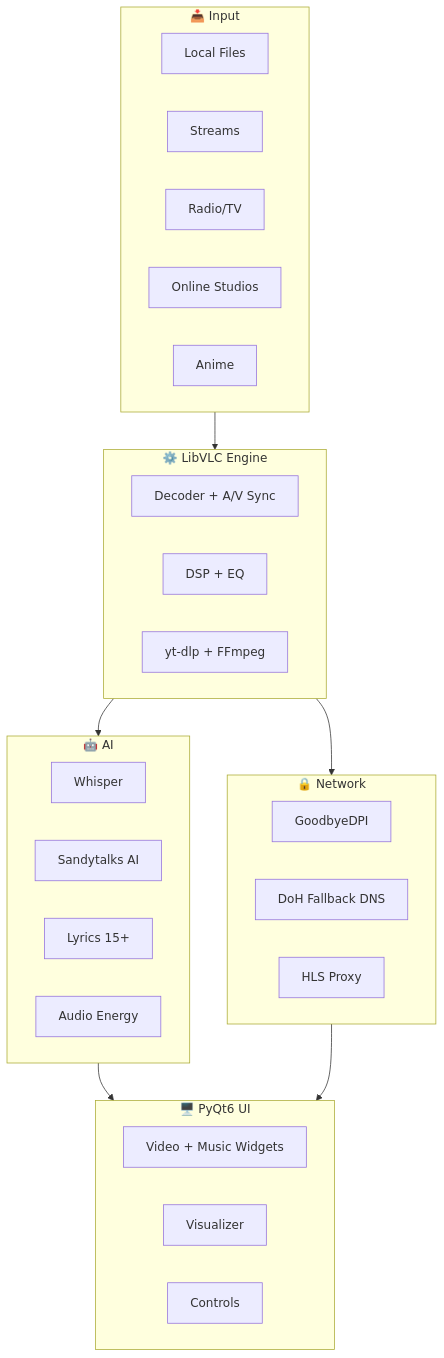
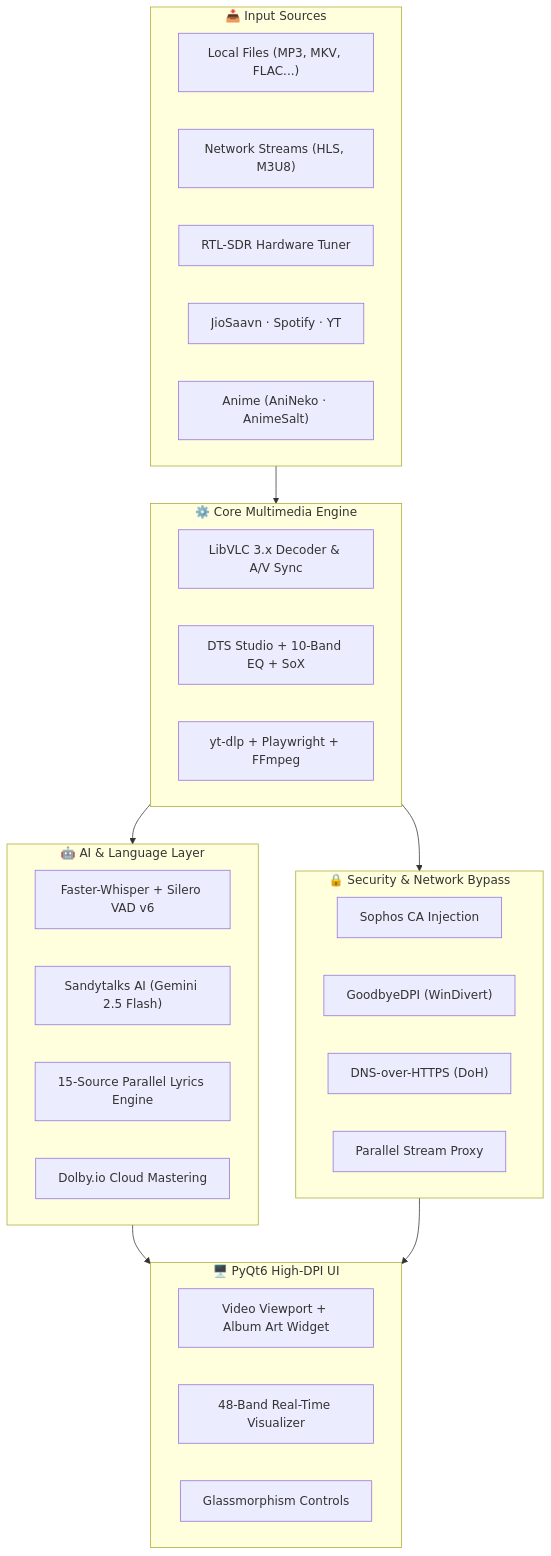
Before and after one commit to sandytalks/SANDYPLAY: the second of 2 diagrams in README.md, drawn with Mermaid. The commit also changed other lines of this file, not shown here.

````diff
--- a/README.md
+++ b/README.md
@@ -524,20 +512,20 @@
 ```mermaid
 graph TB
-    subgraph INPUT["📥 Input"]
-        L["Local Files"] & S["Streams"] & R["Radio/TV"] & O["Online Studios"] & AN["Anime"]
+    subgraph INPUT["📥 Input Sources"]
+        L["Local Files (MP3, MKV, FLAC...)"] & S["Network Streams (HLS, M3U8)"] & R["RTL-SDR Hardware Tuner"] & O["JioSaavn · Spotify · YT"] & AN["Anime (AniNeko · AnimeSalt)"]
     end
-    subgraph CORE["⚙️ LibVLC Engine"]
-        VLC["Decoder + A/V Sync"] & DSP["DSP + EQ"] & DL["yt-dlp + FFmpeg"]
+    subgraph CORE["⚙️ Core Multimedia Engine"]
+        VLC["LibVLC 3.x Decoder & A/V Sync"] & DSP["DTS Studio + 10-Band EQ + SoX"] & DL["yt-dlp + Playwright + FFmpeg"]
     end
-    subgraph AI["🤖 AI"]
-        W["Whisper"] & G["Sandytalks AI"] & LY["Lyrics 15+"] & AE["Audio Energy"]
+    subgraph AI["🤖 AI & Language Layer"]
+        W["Faster-Whisper + Silero VAD v6"] & G["Sandytalks AI (Gemini 2.5 Flash)"] & LY["15-Source Parallel Lyrics Engine"] & AE["Dolby.io Cloud Mastering"]
     end
-    subgraph NET["🔒 Network"]
-        VPN["GoodbyeDPI"] & DOH["DoH Fallback DNS"] & PROXY["HLS Proxy"]
+    subgraph NET["🔒 Security & Network Bypass"]
+        SSL["Sophos CA Injection"] & VPN["GoodbyeDPI (WinDivert)"] & DOH["DNS-over-HTTPS (DoH)"] & PROXY["Parallel Stream Proxy"]
     end
-    subgraph UI["🖥️ PyQt6 UI"]
-        VW["Video + Music Widgets"] & VIS["Visualizer"] & CB["Controls"]
+    subgraph UI["🖥️ PyQt6 High-DPI UI"]
+        VW["Video Viewport + Album Art Widget"] & VIS["48-Band Real-Time Visualizer"] & CB["Glassmorphism Controls"]
     end
     INPUT --> CORE --> AI --> UI
     CORE --> NET --> UI
 ```
````
